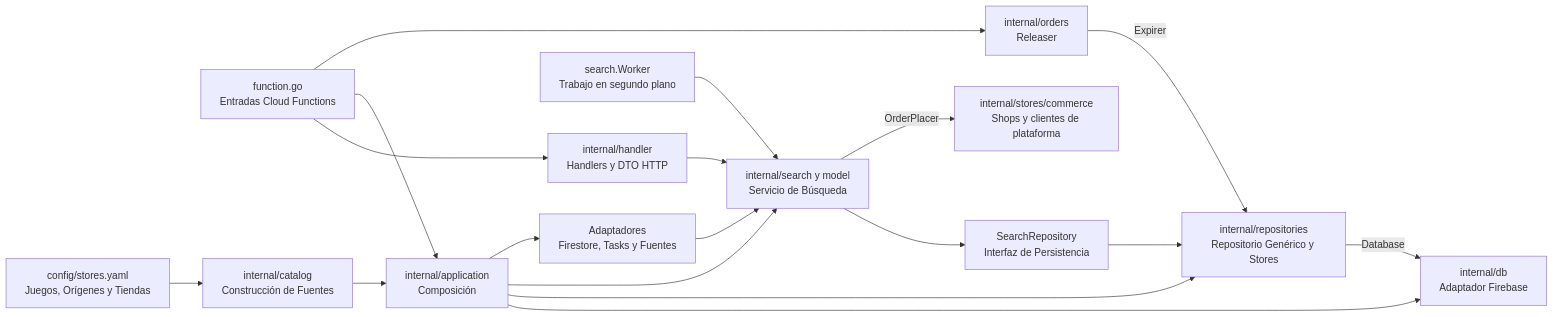
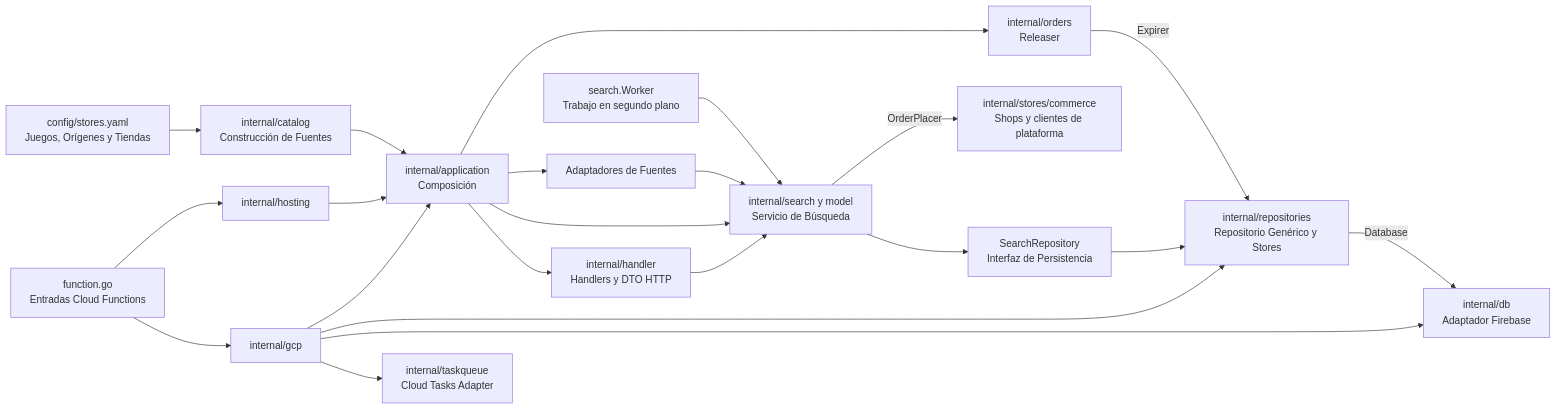
Before and after one commit to metaliaw/muchi: the fourth of 4 diagrams in backend/docs/architecture.es.md, drawn with Mermaid. The commit also changed other lines of this file and 26 other files, not shown here.

Commit message:
Share application operations across GCP and command runtimes

````diff
--- a/backend/docs/architecture.es.md
+++ b/backend/docs/architecture.es.md
@@ -208,34 +208,39 @@
 ```mermaid
 flowchart LR
     function[function.go<br/>Entradas Cloud Functions]
     transport[internal/handler<br/>Handlers y DTO HTTP]
     application[internal/application<br/>Composición]
     catalog[internal/catalog<br/>Construcción de Fuentes]
     domain[internal/search y model<br/>Servicio de Búsqueda]
     orderer[internal/stores/commerce<br/>Shops y clientes de plataforma]
     releaser[internal/orders<br/>Releaser]
     repository[SearchRepository<br/>Interfaz de Persistencia]
     repositories[internal/repositories<br/>Repositorio Genérico y Stores]
     database[internal/db<br/>Adaptador Firebase]
     worker[search.Worker<br/>Trabajo en segundo plano]
     config[config/stores.yaml<br/>Juegos, Orígenes y Tiendas]
-    adapters[Adaptadores<br/>Firestore, Tasks y Fuentes]
+    adapters[Adaptadores de Fuentes]
 
-    function --> transport
-    function --> application
+    tasks[internal/taskqueue<br/>Cloud Tasks Adapter]
+    host[internal/gcp] --> tasks
+    host --> database
+    host --> repositories
+    host --> application
+    hosting[internal/hosting] --> application
+    function --> host
+    function --> hosting
+    application --> transport
     transport --> domain
     worker --> domain
     domain --> repository
     repository --> repositories
     repositories -->|Database| database
-    application --> database
-    application --> repositories
     config --> catalog
     catalog --> application
     application --> domain
     application --> adapters
     domain -->|OrderPlacer| orderer
-    function --> releaser
+    application --> releaser
     releaser -->|Expirer| repositories
     adapters --> domain
 ```
````
